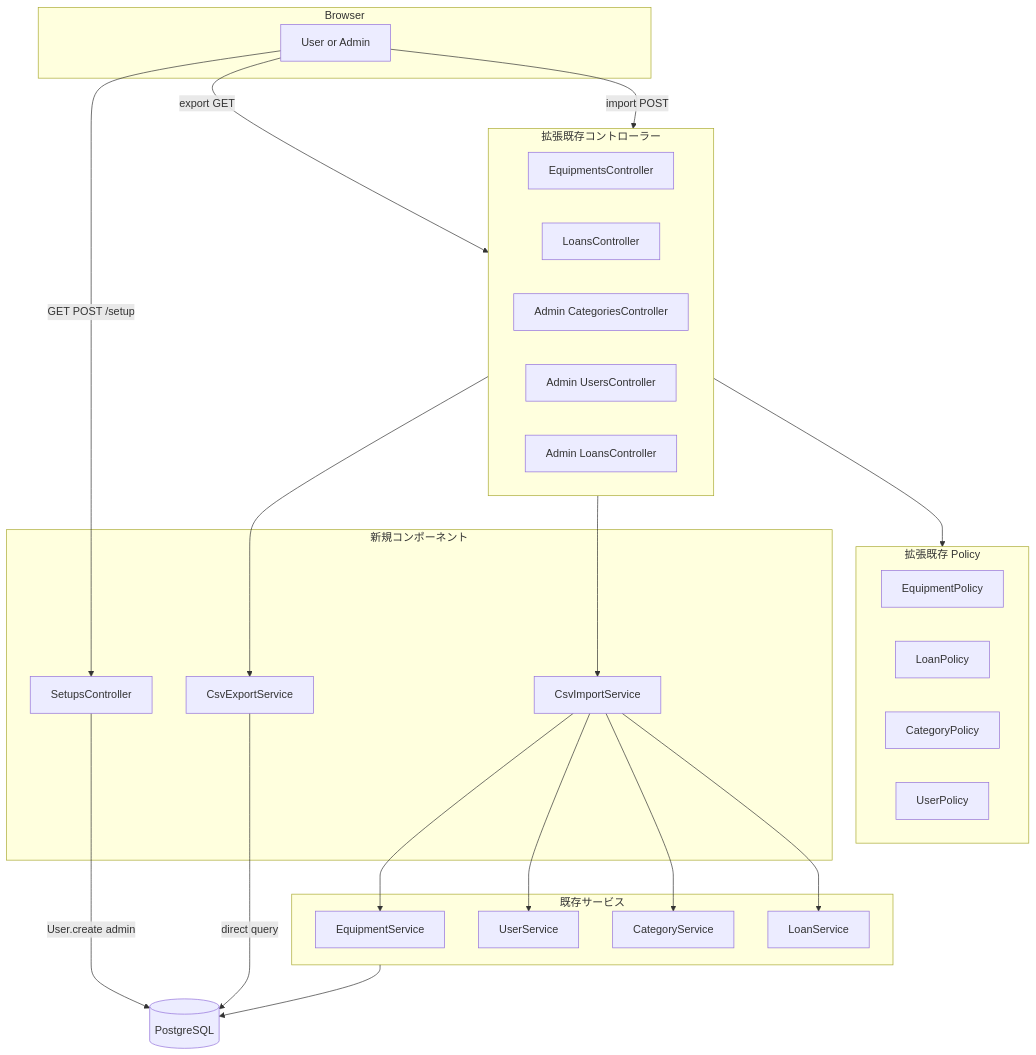
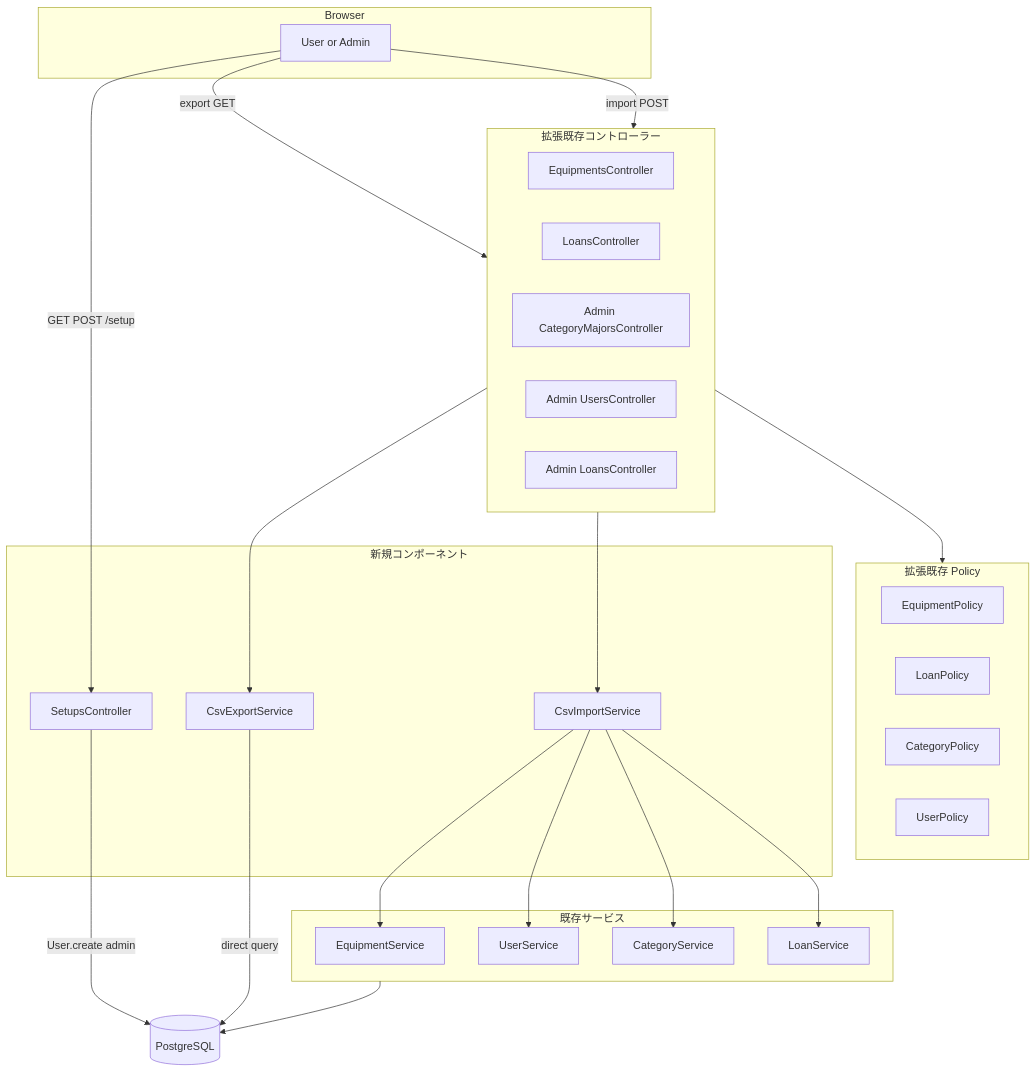
One commit to GrowSeedInc/my-app changed the first of 4 diagrams in .kiro/specs/csv-io/design.md. Above: the diagram before and after it, drawn with Mermaid. The commit also changed other lines of this file and 4 other files, not shown here.

````diff
--- a/.kiro/specs/csv-io/design.md
+++ b/.kiro/specs/csv-io/design.md
@@ -37,52 +37,52 @@
 ```mermaid
 graph TB
     subgraph Browser
         U[User or Admin]
     end
 
     subgraph NewComponents[新規コンポーネント]
         SC[SetupsController]
         CES[CsvExportService]
         CIS[CsvImportService]
     end
 
     subgraph ExtendedControllers[拡張既存コントローラー]
         EC[EquipmentsController]
         LC[LoansController]
-        ACC[Admin CategoriesController]
+        ACC[Admin CategoryMajorsController]
         AUC[Admin UsersController]
         ALC[Admin LoansController]
     end
 
     subgraph ExtendedPolicies[拡張既存 Policy]
         EP[EquipmentPolicy]
         LP[LoanPolicy]
         CP[CategoryPolicy]
         UP[UserPolicy]
     end
 
     subgraph ExistingServices[既存サービス]
         ES[EquipmentService]
         US[UserService]
         CS[CategoryService]
         LS[LoanService]
     end
 
     DB[(PostgreSQL)]
 
     U -->|export GET| ExtendedControllers
     U -->|import POST| ExtendedControllers
     U -->|GET POST /setup| SC
 
     ExtendedControllers --> CES
     ExtendedControllers --> CIS
     ExtendedControllers --> ExtendedPolicies
 
     CES -->|direct query| DB
     CIS --> ES
     CIS --> US
     CIS --> CS
     CIS --> LS
     ExistingServices --> DB
     SC -->|User.create admin| DB
 ```
````
